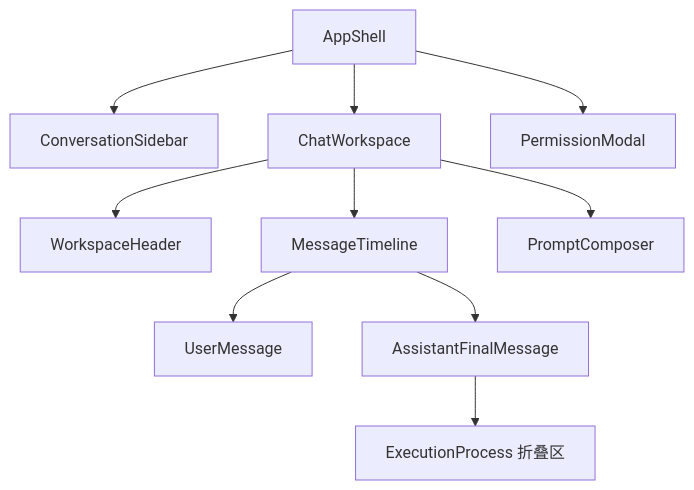
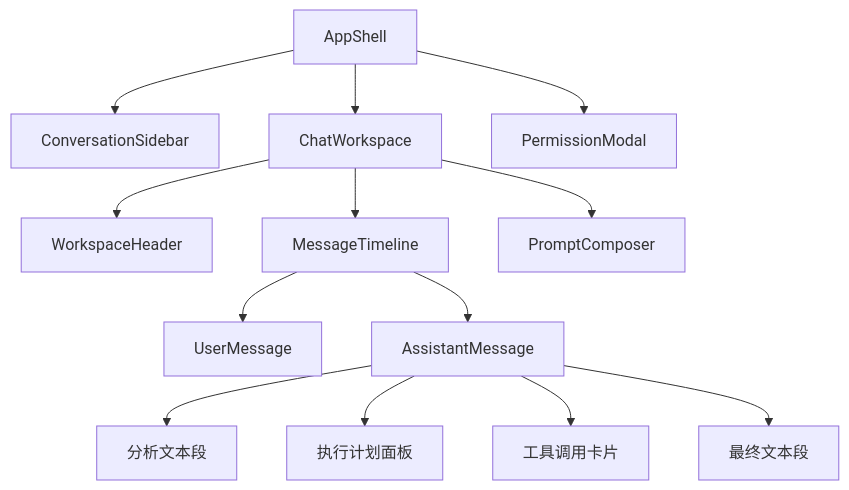
The diagram in docs/UI_DESIGN.md (cq-zhangjw/deepagents-acp-demo-mvp), drawn with Mermaid before and after one commit. The commit also changed other lines of this file and 7 other files, not shown here.

````diff
--- a/docs/UI_DESIGN.md
+++ b/docs/UI_DESIGN.md
@@ -20,23 +20,29 @@
 ```mermaid
 flowchart TD
 		App[AppShell]
 		Sidebar[ConversationSidebar]
 		Workspace[ChatWorkspace]
 		Header[WorkspaceHeader]
 		Timeline[MessageTimeline]
 		User[UserMessage]
-		Assistant[AssistantFinalMessage]
-		Process[ExecutionProcess 折叠区]
+		Assistant[AssistantMessage]
+		Thought[分析文本段]
+		Plan[执行计划面板]
+		ToolCard[工具调用卡片]
+		Text[最终文本段]
 		Composer[PromptComposer]
 		Permission[PermissionModal]
 
 		App --> Sidebar
 		App --> Workspace
 		Workspace --> Header
 		Workspace --> Timeline
 		Timeline --> User
 		Timeline --> Assistant
-		Assistant --> Process
+		Assistant --> Thought
+		Assistant --> Plan
+		Assistant --> ToolCard
+		Assistant --> Text
 		Workspace --> Composer
 		App --> Permission
 ```
````
